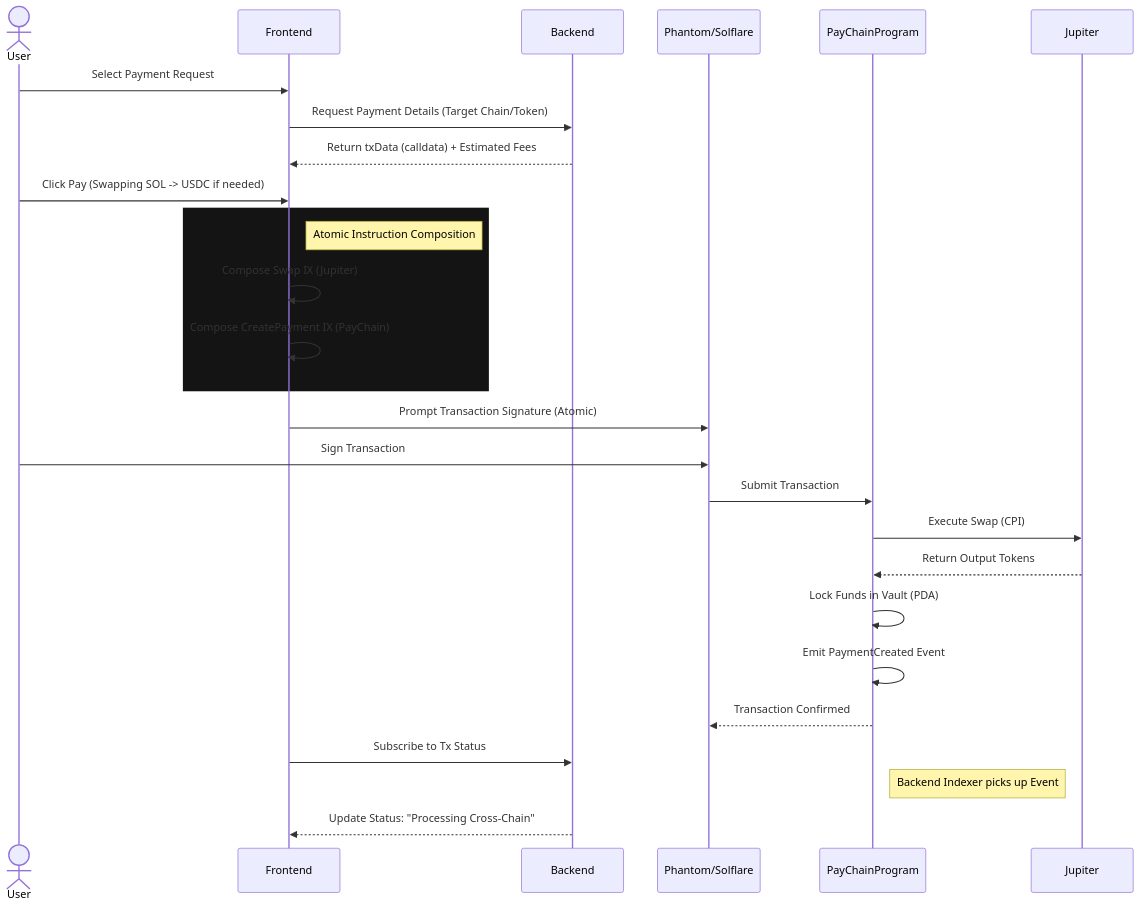
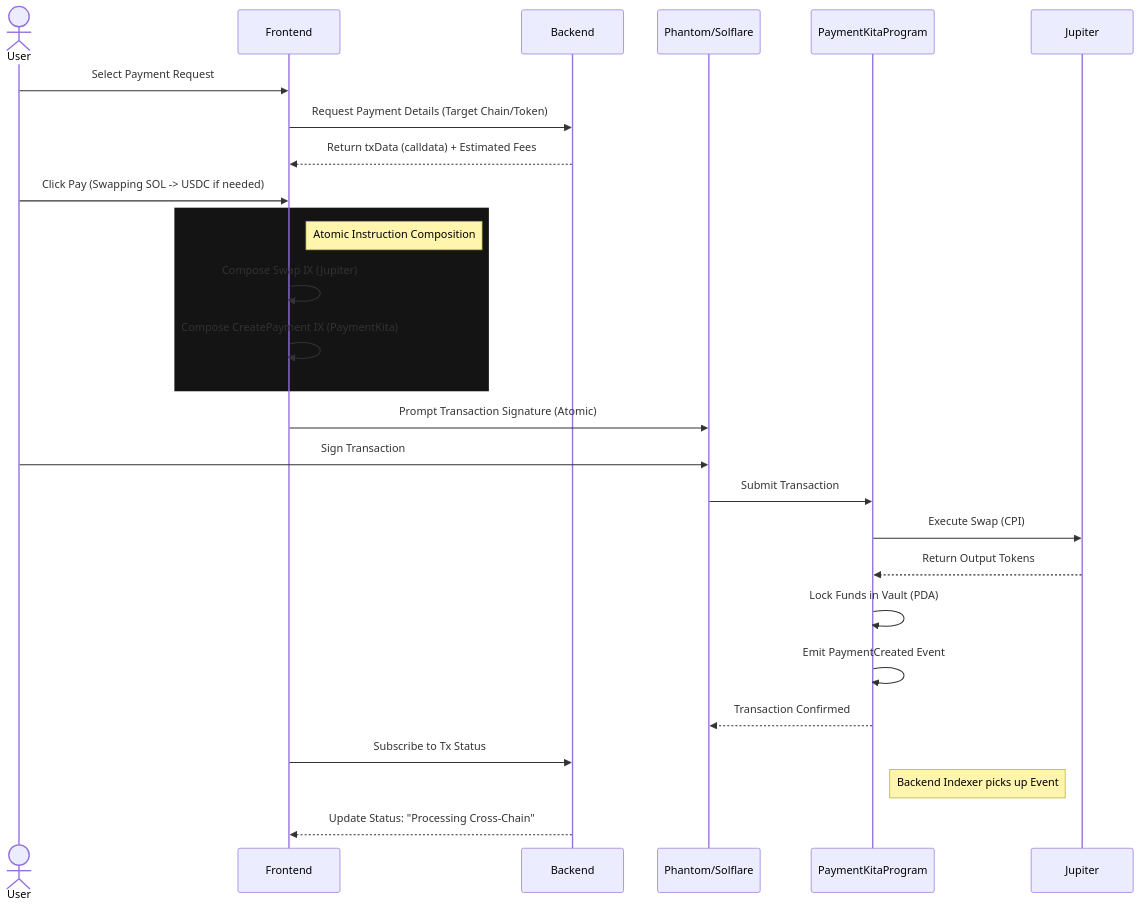
One commit to Pay-Chain/pay-chain.svm.smartcontract changed the first of 3 diagrams in README.md. Above: the diagram before and after it, drawn with Mermaid. The commit also changed other lines of this file and 19 other files, not shown here.

````diff
--- a/README.md
+++ b/README.md
@@ -24,35 +24,35 @@
 ```mermaid
 sequenceDiagram
     actor User
     participant Frontend
     participant Backend
     participant Wallet as Phantom/Solflare
-    participant Program as PayChainProgram
+    participant Program as PaymentKitaProgram
     participant Jupiter
 
     User->>Frontend: Select Payment Request
     Frontend->>Backend: Request Payment Details (Target Chain/Token)
     Backend-->>Frontend: Return txData (calldata) + Estimated Fees
     
     User->>Frontend: Click Pay (Swapping SOL -> USDC if needed)
     
     rect rgb(20, 20, 20)
         Note right of Frontend: Atomic Instruction Composition
         Frontend->>Frontend: Compose Swap IX (Jupiter)
-        Frontend->>Frontend: Compose CreatePayment IX (PayChain)
+        Frontend->>Frontend: Compose CreatePayment IX (PaymentKita)
     end
     
     Frontend->>Wallet: Prompt Transaction Signature (Atomic)
     User->>Wallet: Sign Transaction
     Wallet->>Program: Submit Transaction
     
     Program->>Jupiter: Execute Swap (CPI)
     Jupiter-->>Program: Return Output Tokens
     Program->>Program: Lock Funds in Vault (PDA)
     Program->>Program: Emit PaymentCreated Event
     
     Program-->>Wallet: Transaction Confirmed
     Frontend->>Backend: Subscribe to Tx Status
     Note right of Program: Backend Indexer picks up Event
     Backend-->>Frontend: Update Status: "Processing Cross-Chain"
 ```
````
